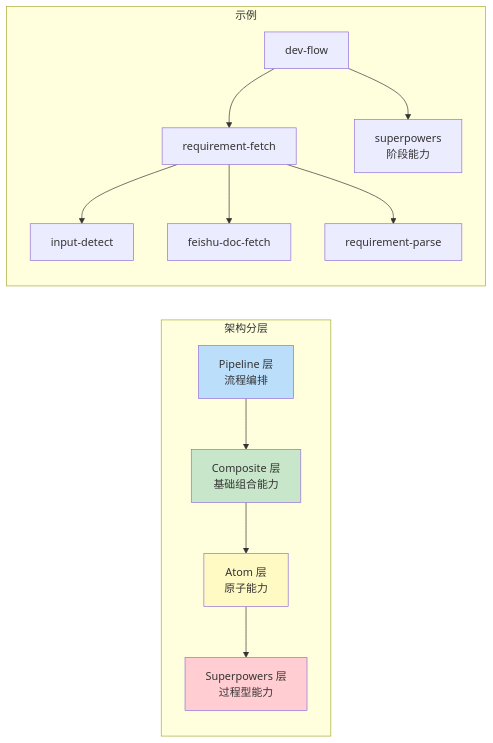
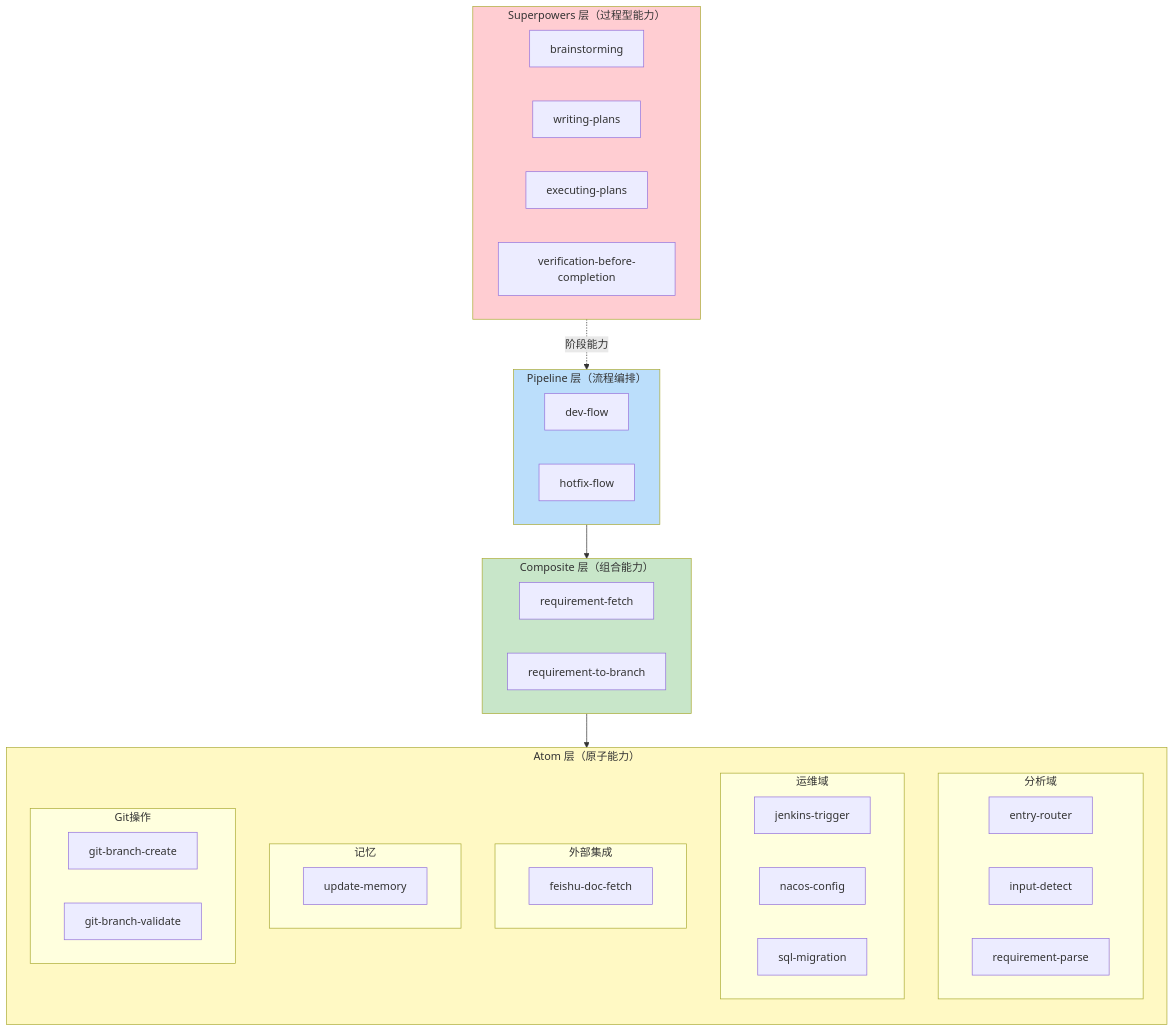
Before and after one commit to weieast1314/ai-devcopilot: the second of 2 diagrams in README.md, drawn with Mermaid.

Commit message:
docs: 优化架构分层示意 Mermaid 图
- 使用 TB 布局更清晰展示层次包含关系
- Atom 层按领域分组（分析域/运维域/外部集成/记忆/Git操作）
- Superpowers 标注为外部过程型能力

````diff
--- a/README.md
+++ b/README.md
@@ -198,20 +198,54 @@
 ```mermaid
-flowchart LR
-    subgraph 架构分层
-        direction TB
-        L1[Pipeline 层<br/>流程编排] --> L2[Composite 层<br/>基础组合能力] --> L3[Atom 层<br/>原子能力] --> L4[Superpowers 层<br/>过程型能力]
+flowchart TB
+    subgraph Pipeline["Pipeline 层（流程编排）"]
+        direction LR
+        dev-flow
+        hotfix-flow
     end
 
-    subgraph 示例
-        P[dev-flow] --> C1[requirement-fetch]
-        C1 --> A1[input-detect]
-        C1 --> A2[feishu-doc-fetch]
-        C1 --> A3[requirement-parse]
-        P --> SP[superpowers<br/>阶段能力]
+    subgraph Composite["Composite 层（组合能力）"]
+        direction LR
+        requirement-fetch
+        requirement-to-branch
     end
 
-    style L1 fill:#bbdefb
-    style L2 fill:#c8e6c9
-    style L3 fill:#fff9c4
-    style L4 fill:#ffcdd2
+    subgraph Atom["Atom 层（原子能力）"]
+        direction TB
+        subgraph 分析域
+            entry-router
+            input-detect
+            requirement-parse
+        end
+        subgraph 运维域
+            jenkins-trigger
+            nacos-config
+            sql-migration
+        end
+        subgraph 外部集成
+            feishu-doc-fetch
+        end
+        subgraph 记忆
+            update-memory
+        end
+        subgraph Git操作
+            git-branch-create
+            git-branch-validate
+        end
+    end
+
+    subgraph Superpowers["Superpowers 层（过程型能力）"]
+        brainstorming
+        writing-plans
+        executing-plans
+        verification-before-completion
+    end
+
+    Pipeline --> Composite
+    Composite --> Atom
+    Superpowers -.-> |"阶段能力"| Pipeline
+
+    style Pipeline fill:#bbdefb
+    style Composite fill:#c8e6c9
+    style Atom fill:#fff9c4
+    style Superpowers fill:#ffcdd2
 ```
````
